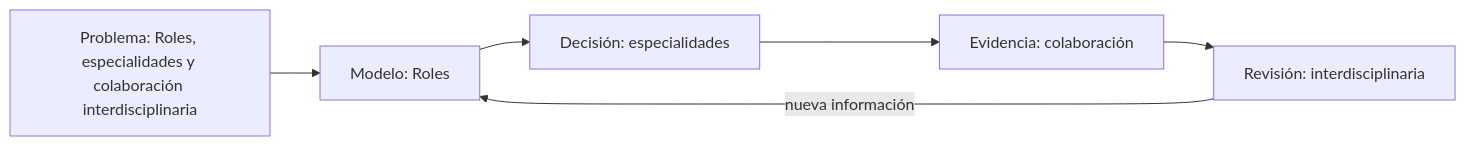
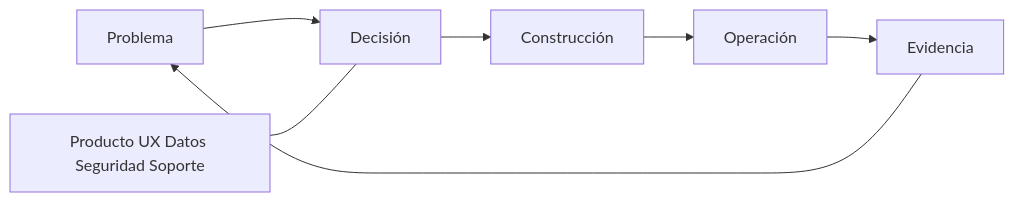
One commit to vladimiracunadev-create/modern-software-engineering-program changed the diagram in classes/part-00-ingenieria-de-software-como-profesion/se-005-roles-especialidades-y-colaboracion-interdisciplinaria/README.md. Above: the diagram before and after it, drawn with Mermaid. The commit also changed other lines of this file and 82 other files, not shown here.

````diff
--- a/classes/part-00-ingenieria-de-software-como-profesion/se-005-roles-especialidades-y-colaboracion-interdisciplinaria/README.md
+++ b/classes/part-00-ingenieria-de-software-como-profesion/se-005-roles-especialidades-y-colaboracion-interdisciplinaria/README.md
@@ -40,8 +31,9 @@
 ```mermaid
 flowchart LR
-    P["Problema: Roles, especialidades y colaboración interdisciplinaria"] --> M["Modelo: Roles"]
-    M --> D["Decisión: especialidades"]
-    D --> E["Evidencia: colaboración"]
-    E --> R["Revisión: interdisciplinaria"]
-    R -->|nueva información| M
+ P[Problema] --> D[Decisión]
+ D --> C[Construcción]
+ C --> O[Operación]
+ O --> E[Evidencia]
+ E --> P
+ X[Producto UX Datos Seguridad Soporte] --- D
 ```
````
